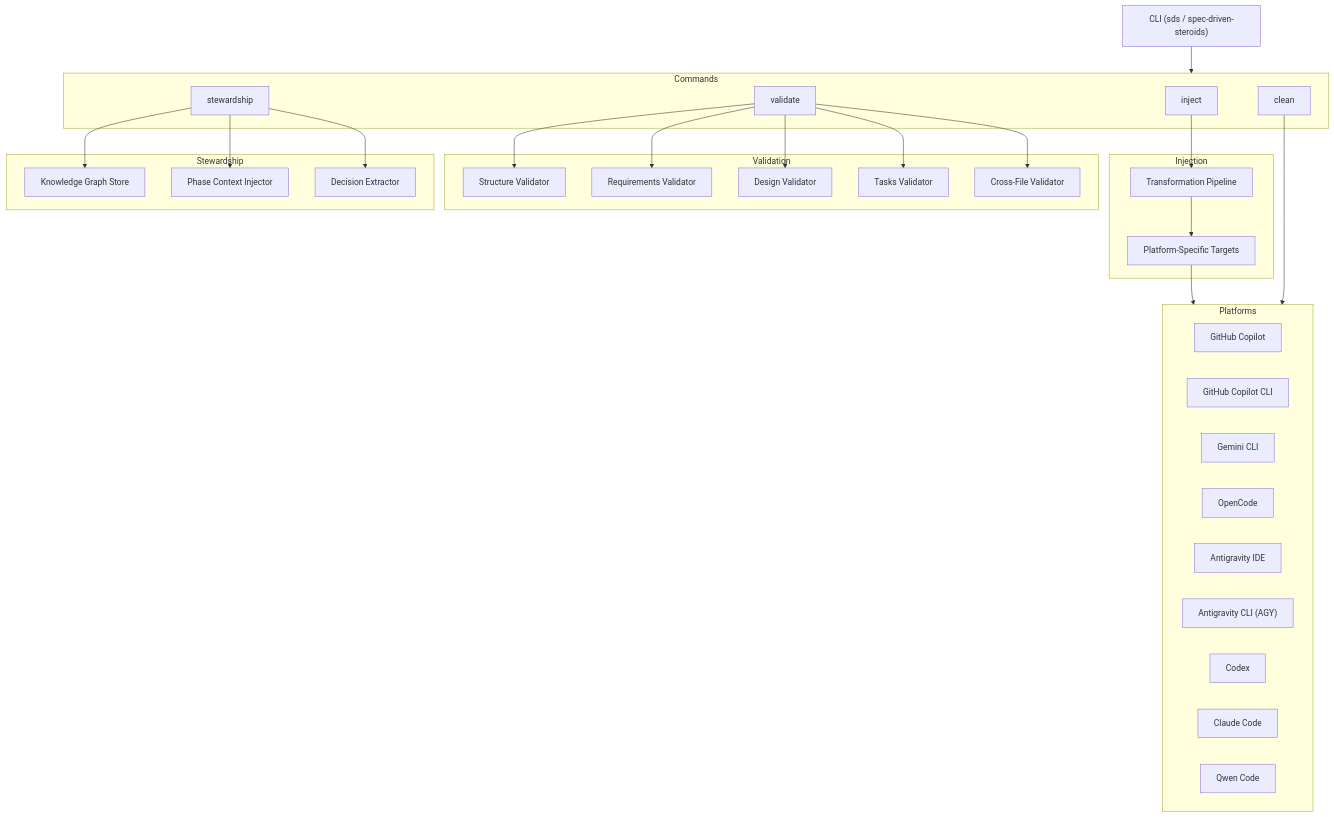
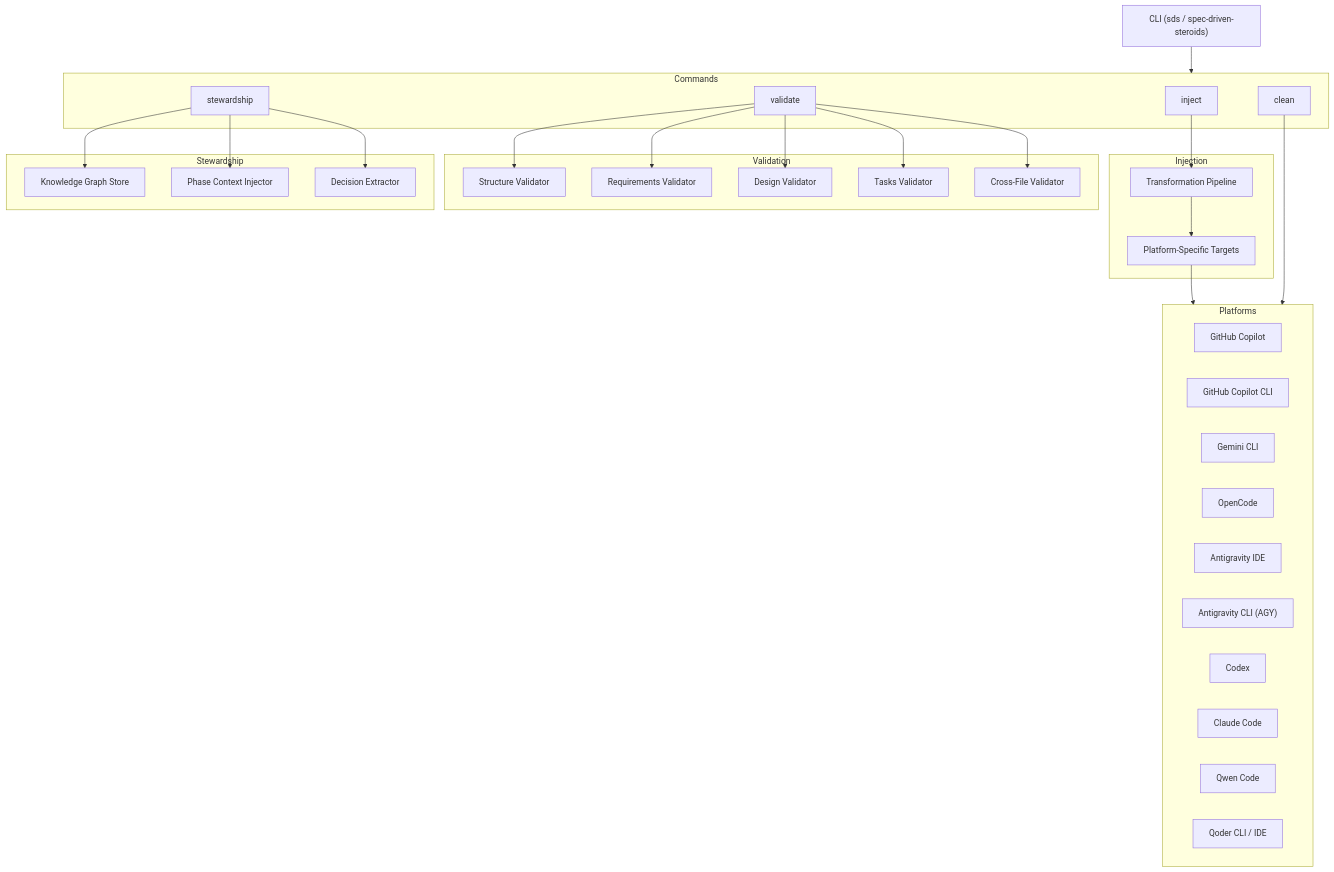
The first of 3 diagrams in ARCHITECTURE.md (lindoelio/spec-driven-steroids), drawn with Mermaid before and after one commit. The commit also changed 10 other files, not shown here.

Commit message:
feat: add Qoder CLI and IDE platform support

````diff
--- a/ARCHITECTURE.md
+++ b/ARCHITECTURE.md
@@ -9,42 +9,43 @@
 ```mermaid
 flowchart TB
     CLI["CLI (sds / spec-driven-steroids)"]
     subgraph Commands
         INJECT["inject"]
         VALIDATE["validate"]
         STEWARD["stewardship"]
         CLEAN["clean"]
     end
     subgraph Injection
         TP["Transformation Pipeline"]
         PST["Platform-Specific Targets"]
     end
     subgraph Validation
         VS["Structure Validator"]
         VR["Requirements Validator"]
         VD["Design Validator"]
         VT["Tasks Validator"]
         VX["Cross-File Validator"]
     end
     subgraph Stewardship
         KG["Knowledge Graph Store"]
         PM["Phase Context Injector"]
         EXT["Decision Extractor"]
     end
     subgraph Platforms
         GH["GitHub Copilot"]
         GCLI["GitHub Copilot CLI"]
         GEM["Gemini CLI"]
         OC["OpenCode"]
         AG["Antigravity IDE"]
         AGCLI["Antigravity CLI (AGY)"]
         CDX["Codex"]
         CC["Claude Code"]
         QC["Qwen Code"]
+        QD["Qoder CLI / IDE"]
     end
     CLI --> Commands
     INJECT --> TP --> PST --> Platforms
     VALIDATE --> VS & VR & VD & VT & VX
     STEWARD --> KG & PM & EXT
     CLEAN --> Platforms
 ```
````
